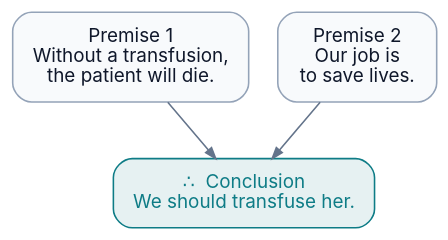
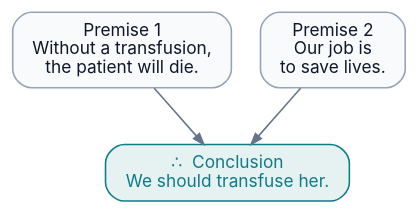
One commit to brendanpshea/bioethics changed the second of 2 diagrams in chapters/01-introduction.qmd. Above: the diagram before and after it, drawn with Graphviz. The commit also changed other lines of this file and 5 other files, not shown here.

````diff
--- a/chapters/01-introduction.qmd
+++ b/chapters/01-introduction.qmd
@@ -356,15 +363,15 @@
 ```{dot}
 //| fig-width: 6
-//| fig-height: 3.2
+//| fig-height: 2.4
 digraph argument {
   rankdir=TB;
   bgcolor="transparent";
-  node [shape=box, style="rounded,filled", fontname="Inter", fontsize=12, color="#94a3b8", fillcolor="#f8fafc", fontcolor="#0f172a", margin="0.18,0.12"];
+  node [shape=box, style="rounded,filled", fontname="Inter", fontsize=11, color="#94a3b8", fillcolor="#f8fafc", fontcolor="#0f172a", margin="0.15,0.08"];
   edge [color="#64748b", arrowsize=0.7];
   P1 [label="Premise 1\nWithout a transfusion,\nthe patient will die."];
   P2 [label="Premise 2\nOur job is\nto save lives."];
   C  [label="∴  Conclusion\nWe should transfuse her.", fillcolor="#e6f1f2", color="#0e7c86", fontcolor="#0e7c86"];
   P1 -> C;
   P2 -> C;
 }
 ```
````
